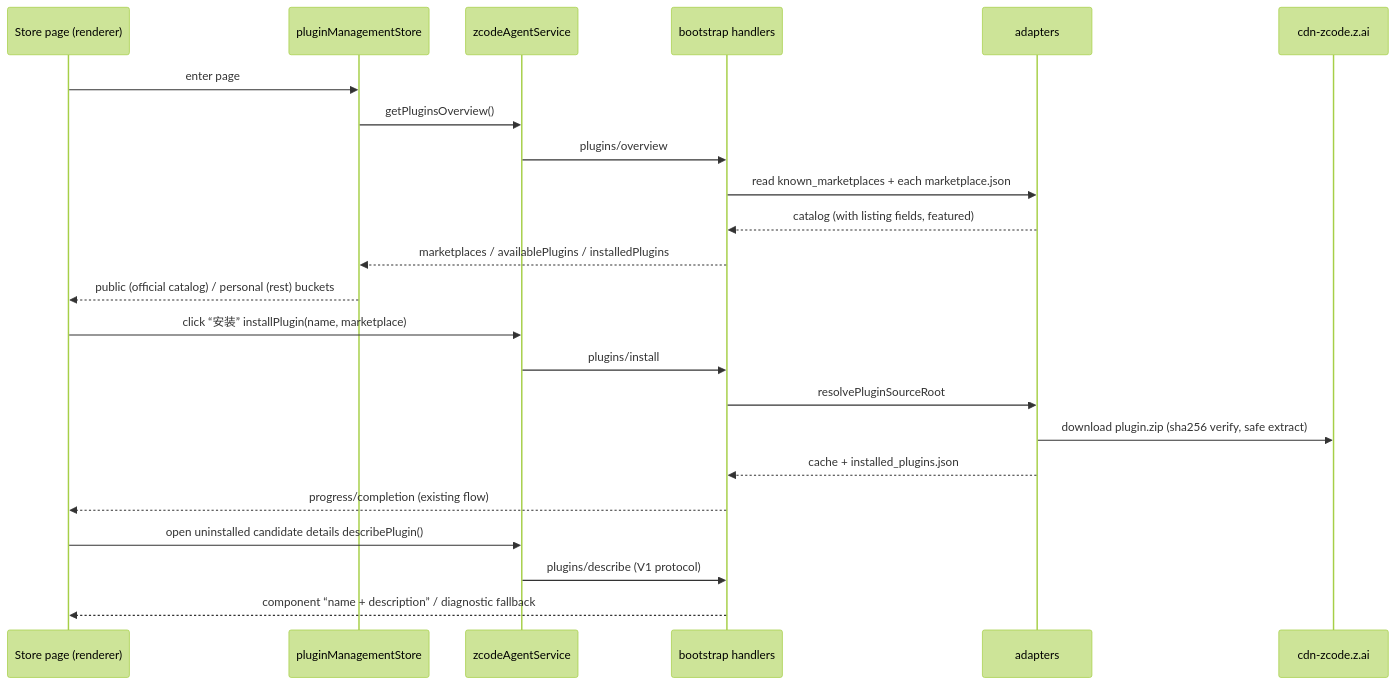
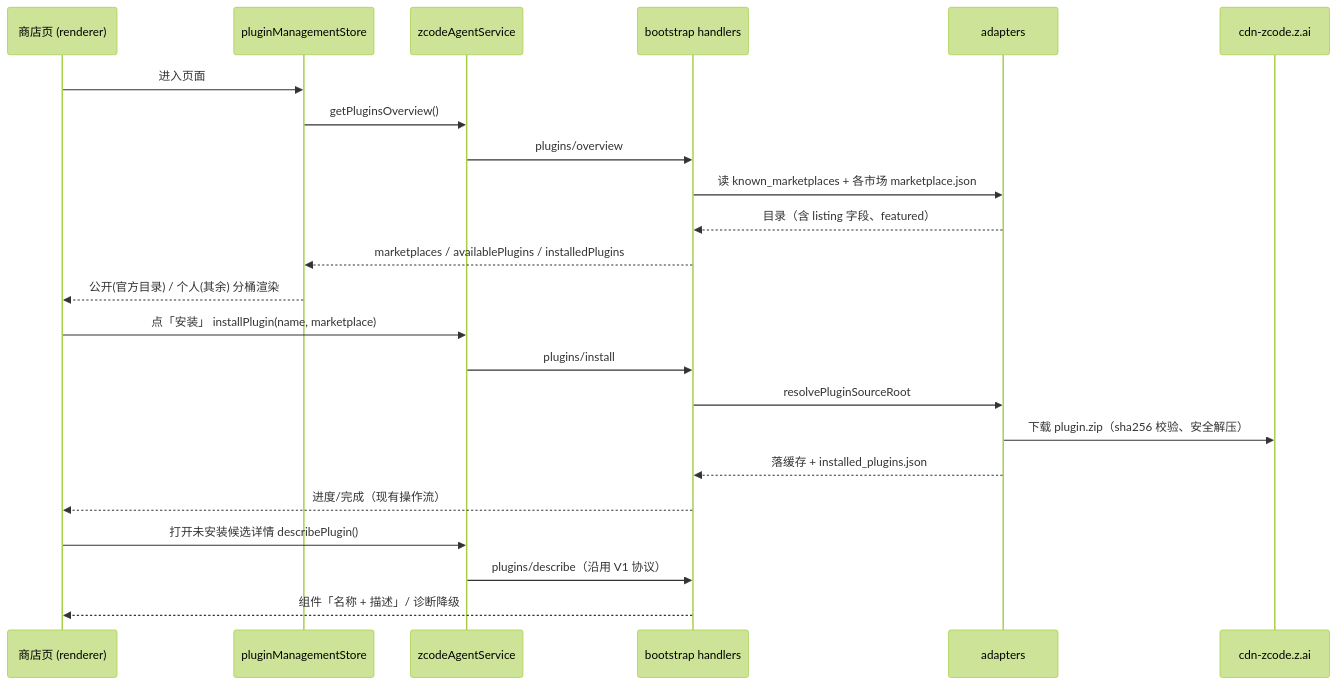
One commit to osben/ZCode changed the second of 2 diagrams in docs/plugin-marketplace-ui-ux.md. Above: the diagram before and after it, drawn with Mermaid (forest theme). The commit also changed other lines of this file and 5391 other files, not shown here.

````diff
--- a/docs/plugin-marketplace-ui-ux.md
+++ b/docs/plugin-marketplace-ui-ux.md
@@ -256,28 +366,28 @@
 ```mermaid
 sequenceDiagram
-    participant UI as Store page (renderer)
+    participant UI as 商店页 (renderer)
     participant Store as pluginManagementStore
     participant Svc as zcodeAgentService
     participant Boot as bootstrap handlers
     participant Ad as adapters
     participant CDN as cdn-zcode.z.ai
 
-    UI->>Store: enter page
+    UI->>Store: 进入页面
     Store->>Svc: getPluginsOverview()
     Svc->>Boot: plugins/overview
-    Boot->>Ad: read known_marketplaces + each marketplace.json
-    Ad-->>Boot: catalog (with listing fields, featured)
+    Boot->>Ad: 读 known_marketplaces + 各市场 marketplace.json
+    Ad-->>Boot: 目录（含 listing 字段、featured）
     Boot-->>Store: marketplaces / availablePlugins / installedPlugins
-    Store-->>UI: public (official catalog) / personal (rest) buckets
+    Store-->>UI: 公开(官方目录) / 个人(其余) 分桶渲染
 
-    UI->>Svc: click “安装” installPlugin(name, marketplace)
+    UI->>Svc: 点「安装」 installPlugin(name, marketplace)
     Svc->>Boot: plugins/install
     Boot->>Ad: resolvePluginSourceRoot
-    Ad->>CDN: download plugin.zip (sha256 verify, safe extract)
-    Ad-->>Boot: cache + installed_plugins.json
-    Boot-->>UI: progress/completion (existing flow)
+    Ad->>CDN: 下载 plugin.zip（sha256 校验、安全解压）
+    Ad-->>Boot: 落缓存 + installed_plugins.json
+    Boot-->>UI: 进度/完成（现有操作流）
 
-    UI->>Svc: open uninstalled candidate details describePlugin()
-    Svc->>Boot: plugins/describe (V1 protocol)
-    Boot-->>UI: component “name + description” / diagnostic fallback
+    UI->>Svc: 打开未安装候选详情 describePlugin()
+    Svc->>Boot: plugins/describe（沿用 V1 协议）
+    Boot-->>UI: 组件「名称 + 描述」/ 诊断降级
 ```
````
